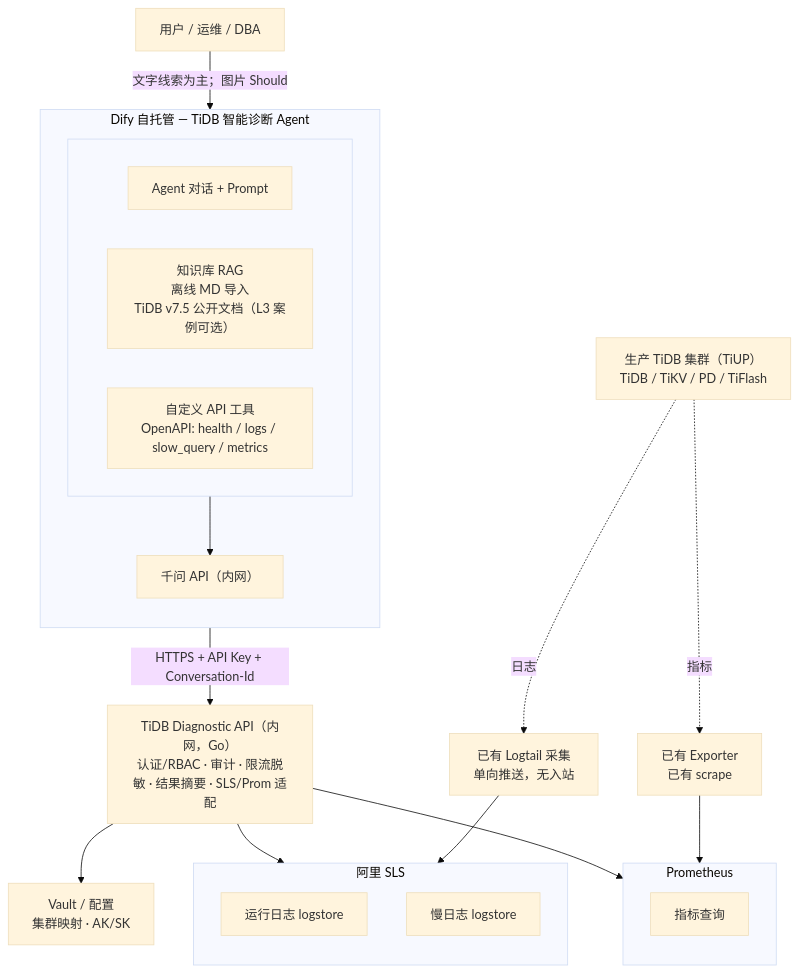
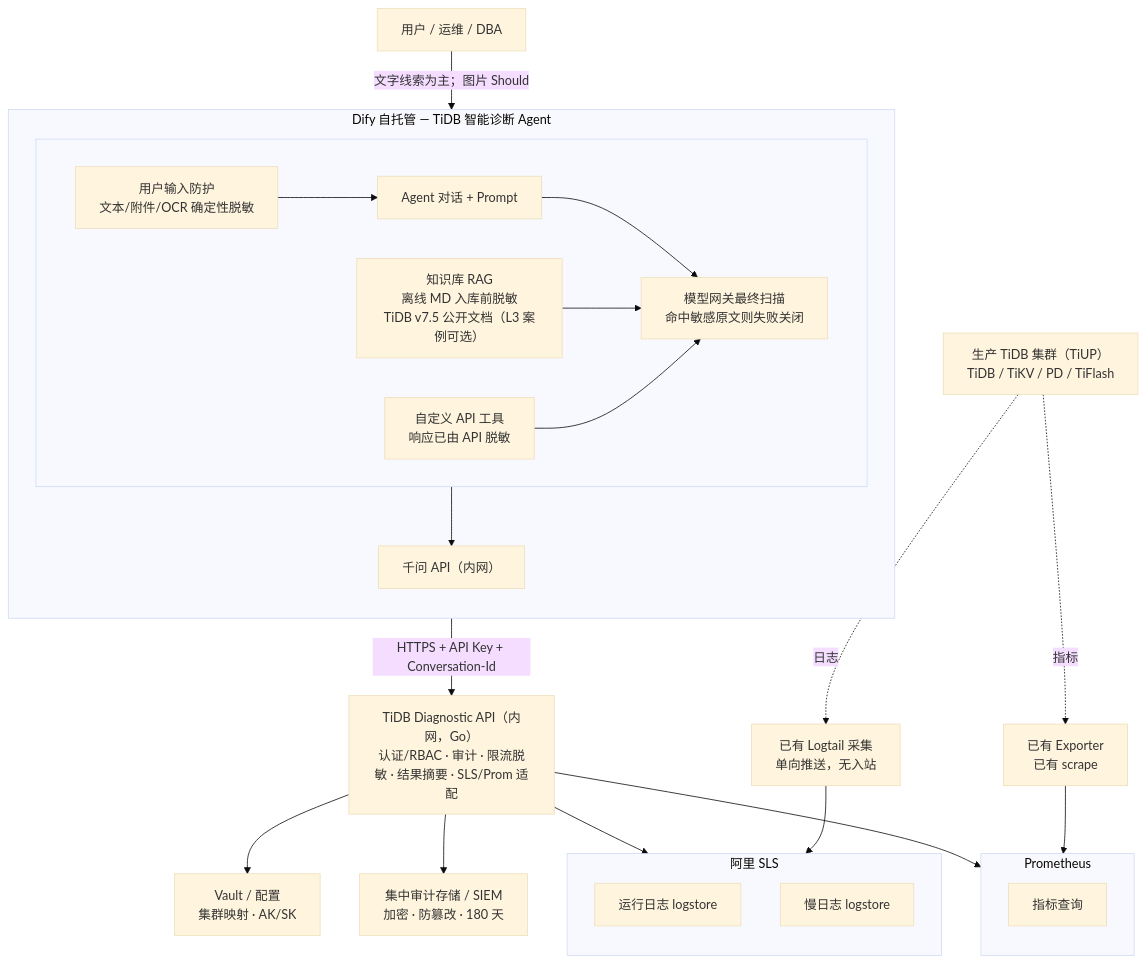
One commit to yangzhengjie/tidb-diag changed the first of 10 diagrams in docs/tidb-diag-agent-technical-design.md. Above: the diagram before and after it, drawn with Mermaid (base theme). The commit also changed other lines of this file and 1 other file, not shown here.

Commit message:
docs: refine diagnostic agent requirements and design

````diff
--- a/docs/tidb-diag-agent-technical-design.md
+++ b/docs/tidb-diag-agent-technical-design.md
@@ -14,45 +14,53 @@
 ```mermaid
 flowchart TB
     User["用户 / 运维 / DBA"]
 
     subgraph DifyLayer["Dify 自托管 — TiDB 智能诊断 Agent"]
         direction TB
         subgraph DifyModules[" "]
             direction LR
+            Guard["用户输入防护<br/>文本/附件/OCR 确定性脱敏"]
             Agent["Agent 对话 + Prompt"]
-            RAG["知识库 RAG<br/>离线 MD 导入<br/>TiDB v7.5 公开文档（L3 案例可选）"]
-            Tools["自定义 API 工具<br/>OpenAPI: health / logs / slow_query / metrics"]
+            RAG["知识库 RAG<br/>离线 MD 入库前脱敏<br/>TiDB v7.5 公开文档（L3 案例可选）"]
+            Tools["自定义 API 工具<br/>响应已由 API 脱敏"]
+            ModelGuard["模型网关最终扫描<br/>命中敏感原文则失败关闭"]
         end
+        Guard --> Agent
+        Agent --> ModelGuard
+        RAG --> ModelGuard
+        Tools --> ModelGuard
+        ModelGuard --> Qwen
         Qwen["千问 API（内网）"]
-        DifyModules --> Qwen
     end
 
     API["TiDB Diagnostic API（内网，Go）<br/>认证/RBAC · 审计 · 限流脱敏 · 结果摘要 · SLS/Prom 适配"]
 
     subgraph SLSLayer["阿里 SLS"]
         direction TB
         Runtime["运行日志 logstore"]
         Slow["慢日志 logstore"]
     end
 
     subgraph PromLayer["Prometheus"]
         direction TB
         Metrics["指标查询"]
     end
 
     Vault["Vault / 配置<br/>集群映射 · AK/SK"]
+    AuditStore["集中审计存储 / SIEM<br/>加密 · 防篡改 · 180 天"]
 
     Logtail["已有 Logtail 采集<br/>单向推送，无入站"]
     Exporter["已有 Exporter<br/>已有 scrape"]
     Prod["生产 TiDB 集群（TiUP）<br/>TiDB / TiKV / PD / TiFlash"]
 
-    User -->|文字线索为主；图片 Should| DifyLayer
+    User -->|文字线索为主；图片 Should| Guard
     DifyLayer -->|HTTPS + API Key + Conversation-Id| API
     API --> SLSLayer
     API --> PromLayer
     API --> Vault
+    API --> AuditStore
     Prod -.->|日志| Logtail
     Prod -.->|指标| Exporter
     Logtail --> SLSLayer
     Exporter --> PromLayer
 ```
````
